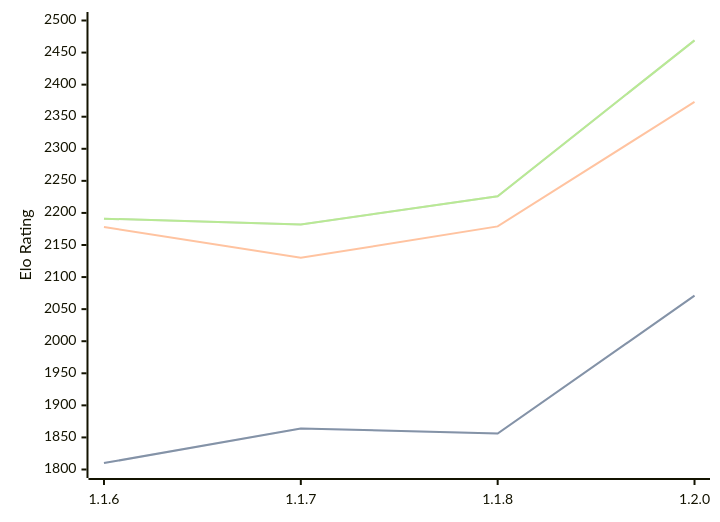
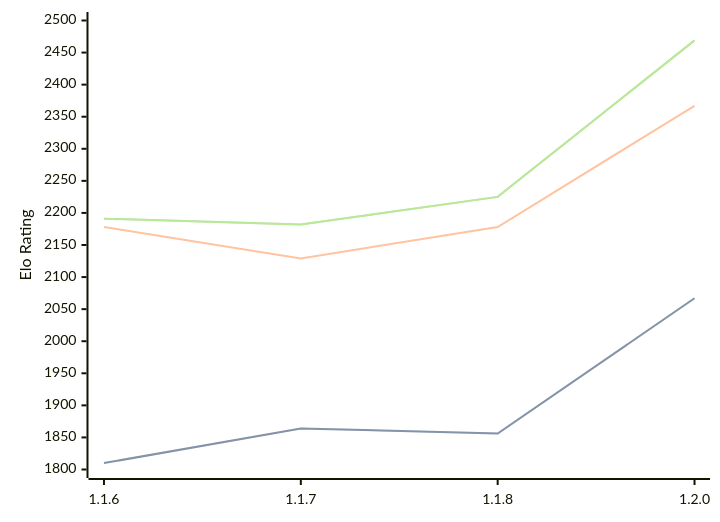
The diagram in engines/Soomi.md (computer-chess-index/cci), drawn with Mermaid before and after one commit. The commit also changed other lines of this file, not shown here.

Commit message:
Update CCI Ratings (ELO VLTC) - 2026-03-30

````diff
--- a/engines/Soomi.md
+++ b/engines/Soomi.md
@@ -34,11 +34,11 @@
 ```mermaid
 %%{init: {"theme":"base","themeVariables":{"seriesColors:['#a3a3a3','#222221','#faa371']}}}%%
 xychart-beta
   x-axis ["1.1.6", "1.1.7", "1.1.8", "1.2.0"]
   y-axis "Elo Rating" 1800 --> 2500
-  line "STC (8.0+0.08s)" [1810, 1864, 1856, 2071]
-  line "STC (8.0+0.08s)" [1810, 1864, 1856, 2071]
-  line "LTC (60.0+0.60s)" [2178, 2130, 2179, 2373]
-  line "VLTC (2m24s+1.12s)" [2191, 2182, 2226, 2469]
-  line "VLTC (2m24s+1.12s)" [2191, 2182, 2226, 2469]
+  line "STC (8.0+0.08s)" [1810, 1864, 1856, 2067]
+  line "STC (8.0+0.08s)" [1810, 1864, 1856, 2067]
+  line "LTC (60.0+0.60s)" [2178, 2129, 2178, 2367]
+  line "VLTC (2m24s+1.12s)" [2191, 2182, 2225, 2469]
+  line "VLTC (2m24s+1.12s)" [2191, 2182, 2225, 2469]
 ```
````
